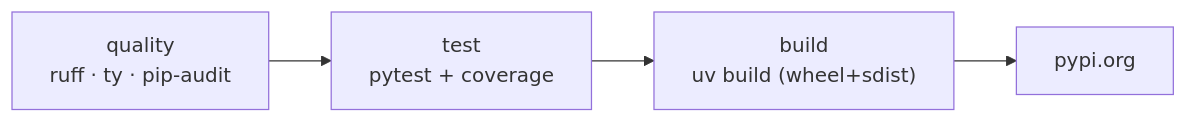
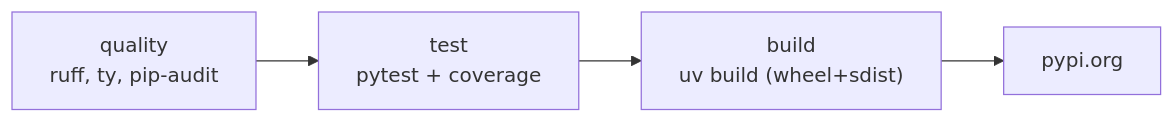
Before and after one commit to hyperi-io/hyperi-ci: the diagram in docs/languages/python.md, drawn with Mermaid. The commit also changed other lines of this file, not shown here.

````diff
--- a/docs/languages/python.md
+++ b/docs/languages/python.md
@@ -16,6 +16,6 @@
 ```mermaid
 flowchart LR
-    Q["quality<br/>ruff · ty · pip-audit"] --> T["test<br/>pytest + coverage"]
+    Q["quality<br/>ruff, ty, pip-audit"] --> T["test<br/>pytest + coverage"]
     T --> B["build<br/>uv build (wheel+sdist)"]
     B --> PYPI["pypi.org"]
 ```
````
